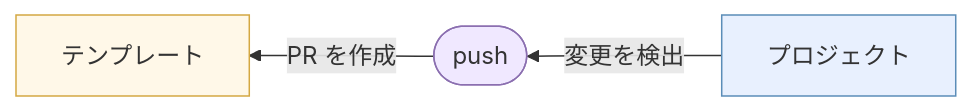
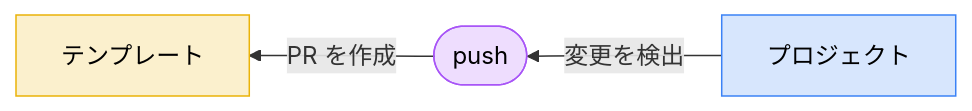
Before and after one commit to tktcorporation/zenn-contents: the fourth of 6 diagrams in articles/ziku-bidirectional-template-manager.md, drawn with Mermaid. The commit also changed other lines of this file, not shown here.

First line of the commit message:
ziku記事: 見出しレベル調整、Mermaid色をダークモード対応に

````diff
--- a/articles/ziku-bidirectional-template-manager.md
+++ b/articles/ziku-bidirectional-template-manager.md
@@ -150,7 +158,11 @@
 ```mermaid
 graph RL
     P["プロジェクト"] -->|変更を検出| CMD([push]) -->|PR を作成| T["テンプレート"]
-    style CMD fill:#f0e8ff,stroke:#8b6fb0
-    style T fill:#fff8e8,stroke:#d4a843
-    style P fill:#e8f0fe,stroke:#5b8db8
+
+    classDef tpl fill:#eab30833,stroke:#eab308,color:inherit
+    classDef proj fill:#3b82f633,stroke:#3b82f6,color:inherit
+    classDef cmd fill:#a855f733,stroke:#a855f7,color:inherit
+    class T tpl
+    class P proj
+    class CMD cmd
 ```
````
